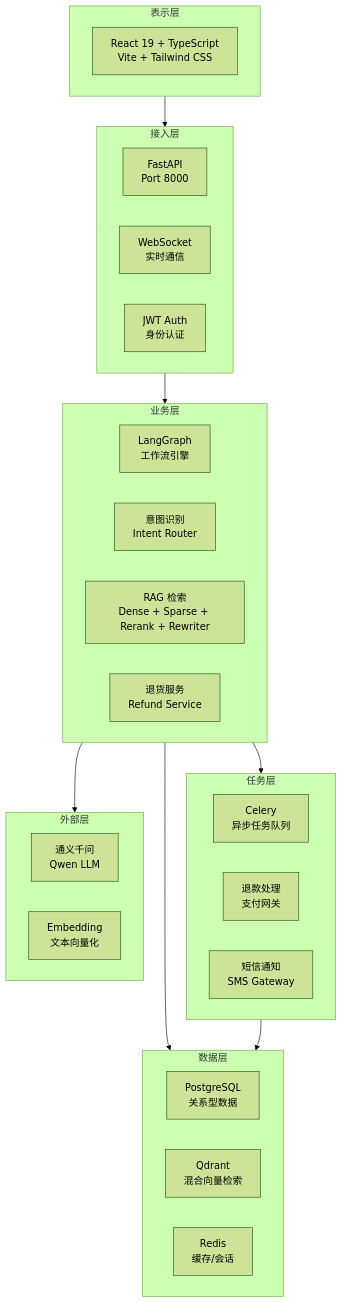
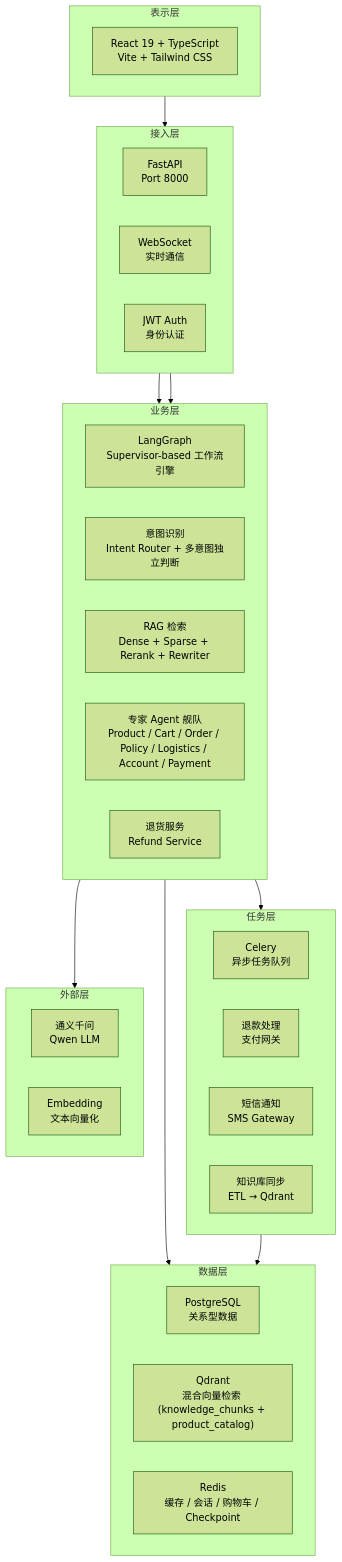
Diagram 11 of 12 in architecture.md (Mr-ZeLong/E-commerce-Smart-Agent), drawn with Mermaid (forest theme) before and after one commit. The commit also changed other lines of this file and 48 other files, not shown here.

Commit message:
feat: implement Phase 2 roadmap (supervisor-based graph, product/cart agents, multi-intent parallel execution, knowledge base UI/API)

````diff
--- a/architecture.md
+++ b/architecture.md
@@ -352,43 +571,46 @@
 ```mermaid
 flowchart TB
     subgraph Layer1["表示层"]
         F1["React 19 + TypeScript<br/>Vite + Tailwind CSS"]
     end
 
     subgraph Layer2["接入层"]
         A1["FastAPI<br/>Port 8000"]
         A2["WebSocket<br/>实时通信"]
         A3["JWT Auth<br/>身份认证"]
     end
 
     subgraph Layer3["业务层"]
-        B1["LangGraph<br/>工作流引擎"]
-        B2["意图识别<br/>Intent Router"]
+        B1["LangGraph<br/>Supervisor-based 工作流引擎"]
+        B2["意图识别<br/>Intent Router + 多意图独立判断"]
         B3["RAG 检索<br/>Dense + Sparse + Rerank + Rewriter"]
-        B4["退货服务<br/>Refund Service"]
+        B4["专家 Agent 舰队<br/>Product / Cart / Order / Policy / Logistics / Account / Payment"]
+        B5["退货服务<br/>Refund Service"]
     end
 
     subgraph Layer4["任务层"]
         T1["Celery<br/>异步任务队列"]
         T2["退款处理<br/>支付网关"]
         T3["短信通知<br/>SMS Gateway"]
+        T4["知识库同步<br/>ETL → Qdrant"]
     end
 
     subgraph Layer5["数据层"]
         D1["PostgreSQL<br/>关系型数据"]
-        D2["Qdrant<br/>混合向量检索"]
-        D3["Redis<br/>缓存/会话"]
+        D2["Qdrant<br/>混合向量检索 (knowledge_chunks + product_catalog)"]
+        D3["Redis<br/>缓存 / 会话 / 购物车 / Checkpoint"]
     end
 
     subgraph Layer6["外部层"]
         E1["通义千问<br/>Qwen LLM"]
         E2["Embedding<br/>文本向量化"]
     end
 
     Layer1 --> Layer2
     Layer2 --> Layer3
     Layer3 --> Layer4
     Layer3 --> Layer5
     Layer4 --> Layer5
     Layer3 --> Layer6
+    Layer2 --> Layer3
 ```
````
